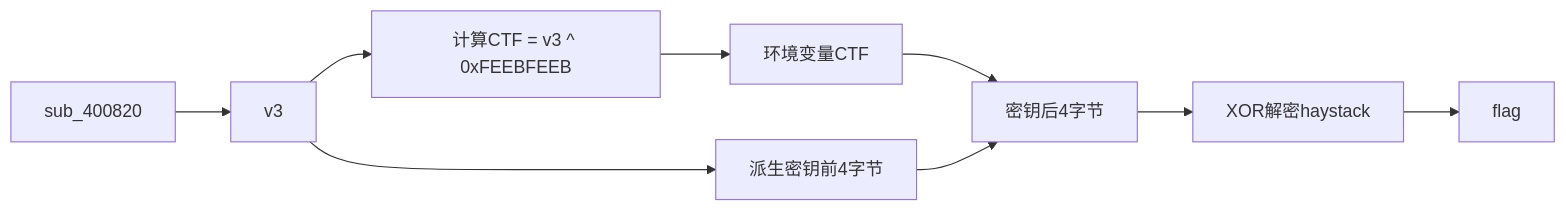
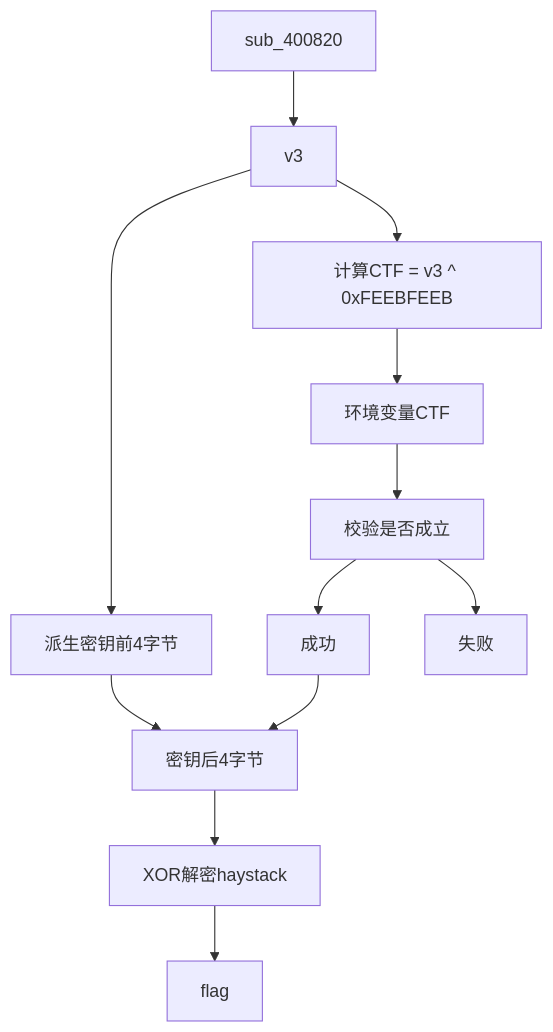
The diagram in _posts/2026-05-19-攻防世界reverse.md (PurgationDevil/Purgation.github.io), drawn with Mermaid before and after one commit. The commit also changed other lines of this file, not shown here.

````diff
--- a/_posts/2026-05-19-攻防世界reverse.md
+++ b/_posts/2026-05-19-攻防世界reverse.md
@@ -1088,11 +1106,14 @@
 ```mermaid
-graph LR
+graph TD
     A[sub_400820] --> B[v3]
     B --> C[派生密钥前4字节]
     B --> D[计算CTF = v3 ^ 0xFEEBFEEB]
     D --> E[环境变量CTF]
-    E --> F[密钥后4字节]
+    E --> I[校验是否成立]
+    I --> J[成功]
+    I --> k[失败]
+    J --> F[密钥后4字节]
     C --> F
     F --> G[XOR解密haystack]
     G --> H[flag]
 ```
````
